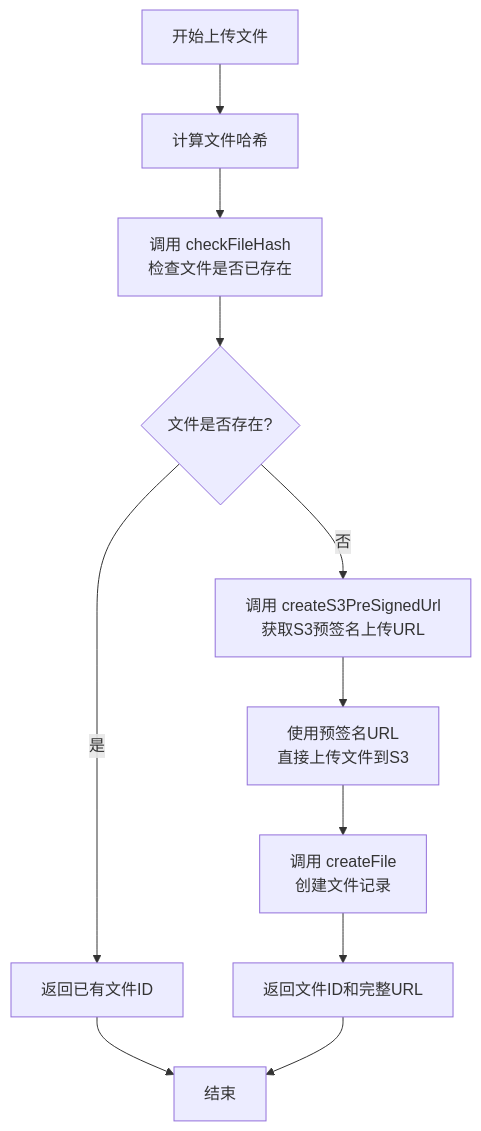
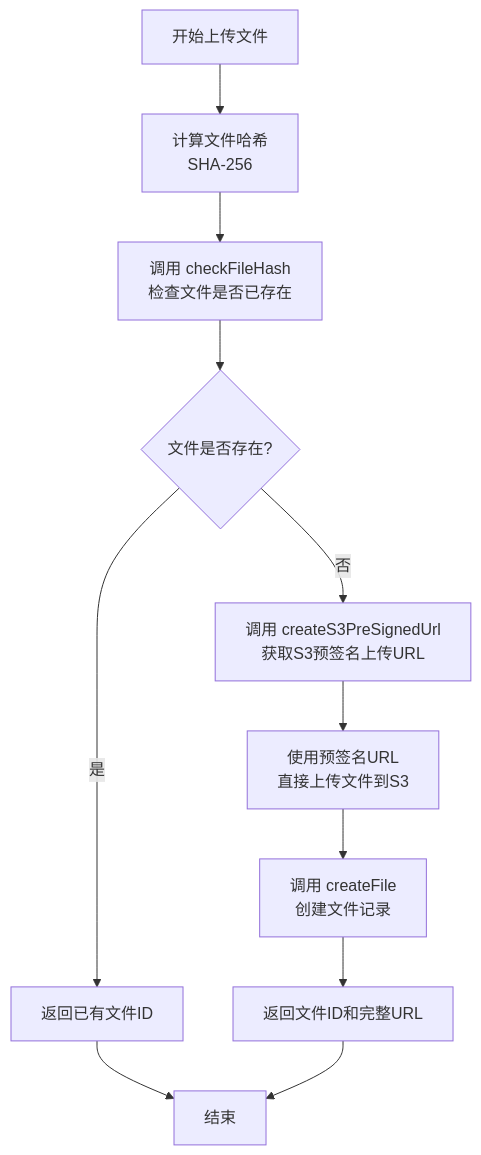
The diagram in api/tRPC/lambda/file.md (RudolphHuang/openclaw_doc), drawn with Mermaid before and after one commit. The commit also changed other lines of this file, not shown here.

````diff
--- a/api/tRPC/lambda/file.md
+++ b/api/tRPC/lambda/file.md
@@ -387,13 +387,13 @@
 ```mermaid
 flowchart TD
-    A[开始上传文件] --> B[计算文件哈希]
+    A[开始上传文件] --> B[计算文件哈希<br/>SHA-256]
     B --> C[调用 checkFileHash<br/>检查文件是否已存在]
     C --> D{文件是否存在?}
     D -->|是| E[返回已有文件ID]
     D -->|否| F[调用 createS3PreSignedUrl<br/>获取S3预签名上传URL]
     F --> G[使用预签名URL<br/>直接上传文件到S3]
     G --> H[调用 createFile<br/>创建文件记录]
     H --> I[返回文件ID和完整URL]
     E --> J[结束]
     I --> J
 ```
````
